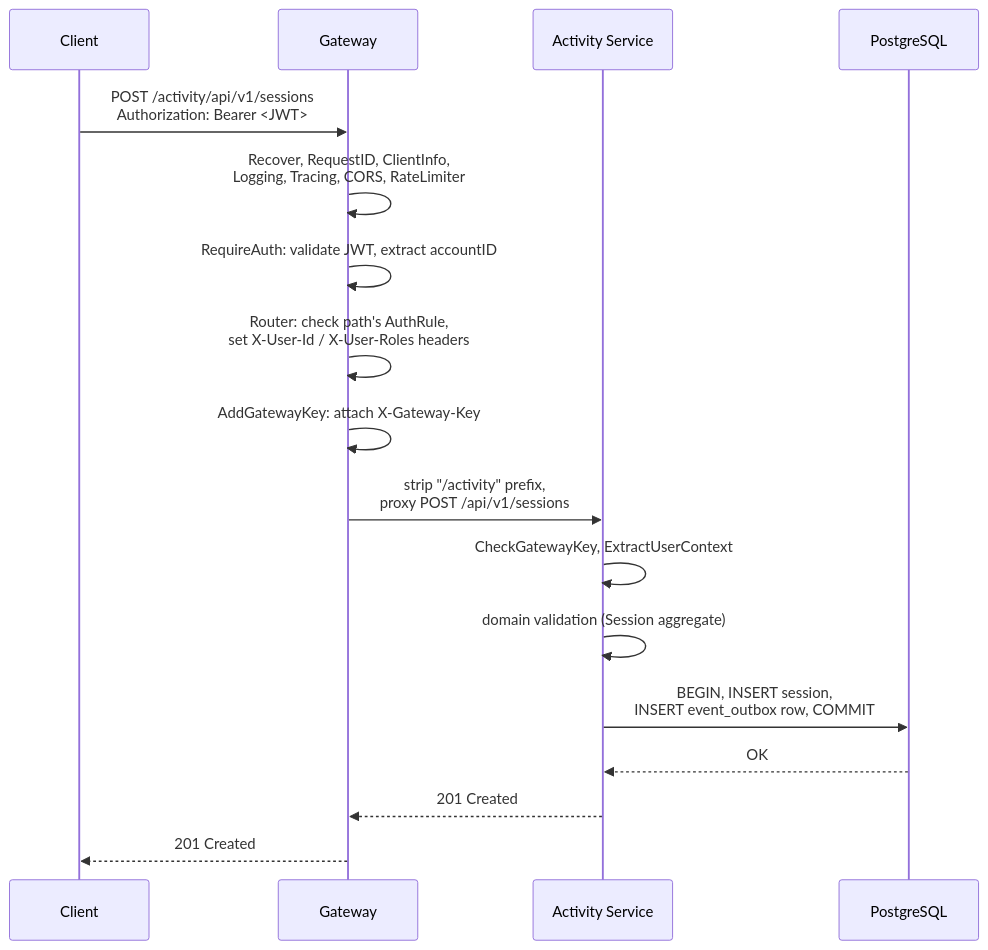
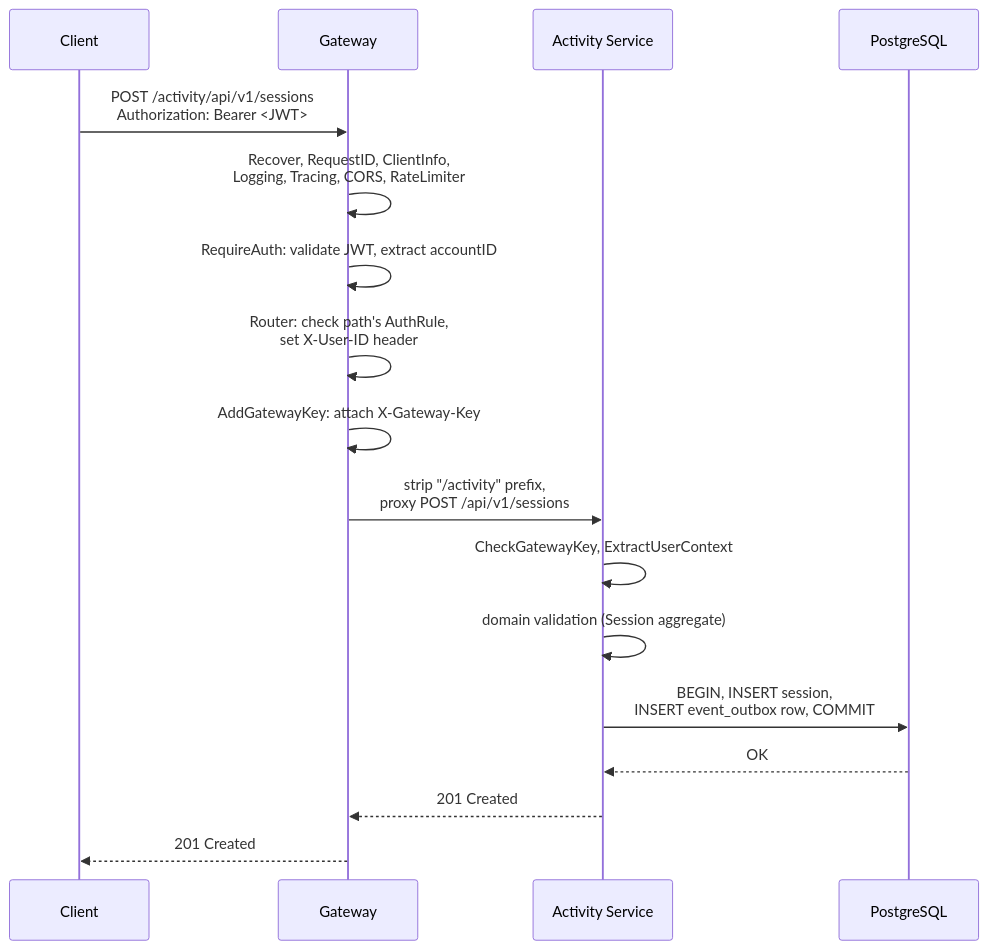
The third of 4 diagrams in README.md (rasparac/rekreativko-api), drawn with Mermaid before and after one commit. The commit also changed 3 other files, not shown here.

First line of the commit message:
docs: drop stale X-User-Roles mentions; fix swag on team-formation handler

````diff
--- a/README.md
+++ b/README.md
@@ -155,20 +155,20 @@
 ```mermaid
 sequenceDiagram
     participant C as Client
     participant GW as Gateway
     participant ACT as Activity Service
     participant DB as PostgreSQL
 
     C->>GW: POST /activity/api/v1/sessions<br/>Authorization: Bearer <JWT>
     GW->>GW: Recover, RequestID, ClientInfo,<br/>Logging, Tracing, CORS, RateLimiter
     GW->>GW: RequireAuth: validate JWT, extract accountID
-    GW->>GW: Router: check path's AuthRule,<br/>set X-User-Id / X-User-Roles headers
+    GW->>GW: Router: check path's AuthRule,<br/>set X-User-ID header
     GW->>GW: AddGatewayKey: attach X-Gateway-Key
     GW->>ACT: strip "/activity" prefix,<br/>proxy POST /api/v1/sessions
     ACT->>ACT: CheckGatewayKey, ExtractUserContext
     ACT->>ACT: domain validation (Session aggregate)
     ACT->>DB: BEGIN, INSERT session,<br/>INSERT event_outbox row, COMMIT
     DB-->>ACT: OK
     ACT-->>GW: 201 Created
     GW-->>C: 201 Created
 ```
````
